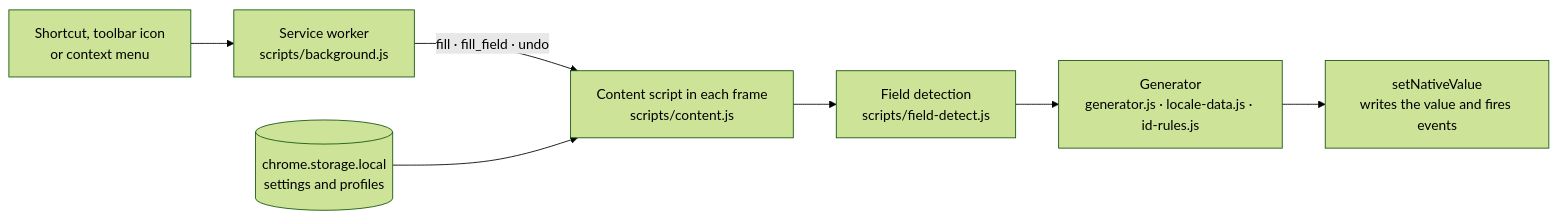
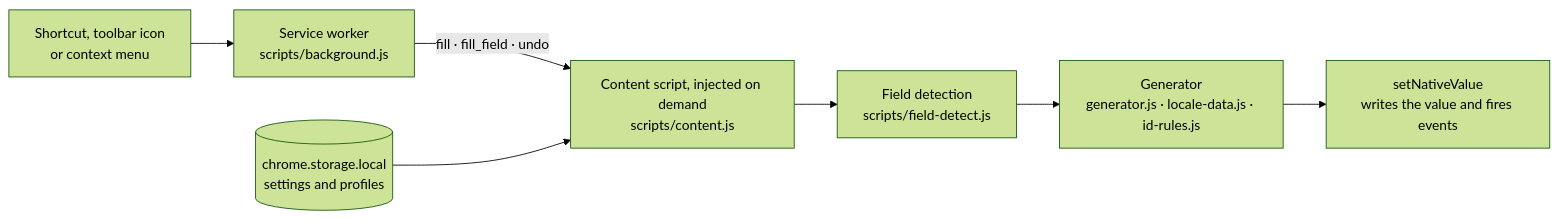
One commit to kilicberkay/FillHub changed the diagram in README.md. Above: the diagram before and after it, drawn with Mermaid (forest theme). The commit also changed other lines of this file and 17 other files, not shown here.

First line of the commit message:
Inject content scripts on demand and correct documentation

````diff
--- a/README.md
+++ b/README.md
@@ -225,9 +225,9 @@
 ```mermaid
 flowchart LR
     A["Shortcut, toolbar icon<br/>or context menu"] --> B["Service worker<br/>scripts/background.js"]
-    B -->|"fill · fill_field · undo"| C["Content script in each frame<br/>scripts/content.js"]
+    B -->|"fill · fill_field · undo"| C["Content script, injected on demand<br/>scripts/content.js"]
     S[("chrome.storage.local<br/>settings and profiles")] --> C
     C --> D["Field detection<br/>scripts/field-detect.js"]
     D --> E["Generator<br/>generator.js · locale-data.js · id-rules.js"]
     E --> F["setNativeValue<br/>writes the value and fires events"]
 ```
````
